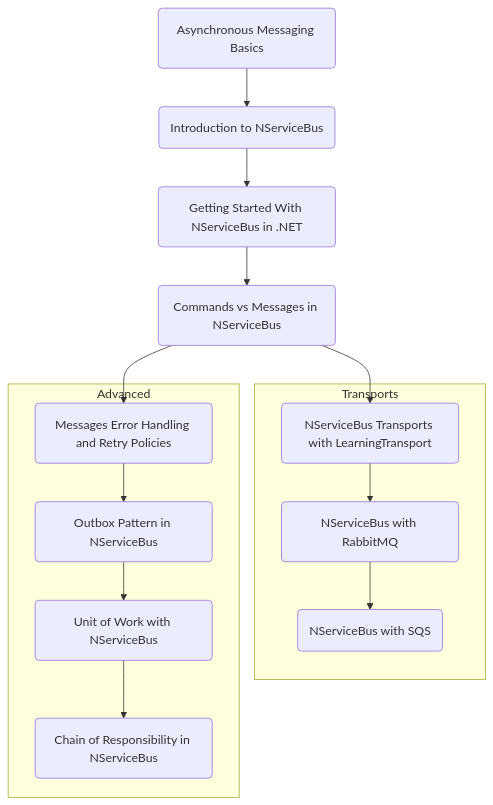
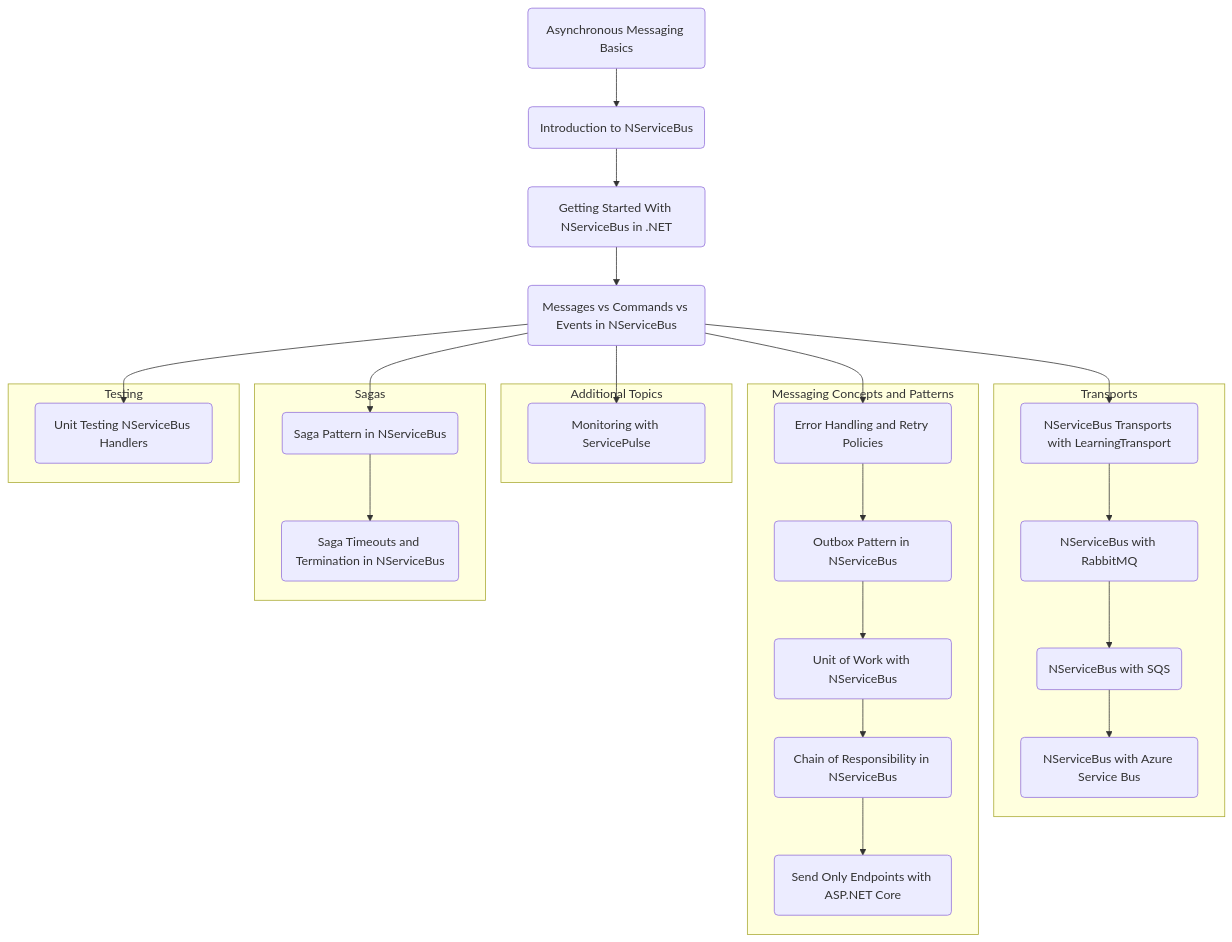
Before and after one commit to KyleMcMaster/kyle-mcmaster-blog: the diagram in backlog/.content-ideas.md, drawn with Mermaid. The commit also changed other lines of this file, not shown here.

Commit message:
more ideas

````diff
--- a/backlog/.content-ideas.md
+++ b/backlog/.content-ideas.md
@@ -10,29 +10,49 @@
 ```mermaid
 flowchart TB
     id1(Asynchronous Messaging Basics)
     id2(Introduction to NServiceBus)
     id3(Getting Started With NServiceBus in .NET)
-    id4(Commands vs Messages in NServiceBus)
+    id4(Messages vs Commands vs Events in NServiceBus)
     id5a(NServiceBus Transports with LearningTransport)
     id5b(NServiceBus with RabbitMQ)
     id5c(NServiceBus with SQS)
-    id6a(Messages Error Handling and Retry Policies)
+    id5d(NServiceBus with Azure Service Bus)
+    id6a(Error Handling and Retry Policies)
     id6b(Outbox Pattern in NServiceBus)
     id6c(Unit of Work with NServiceBus)
     id6d(Chain of Responsibility in NServiceBus)
+    id6e(Send Only Endpoints with ASP.NET Core)
+    id7a(Saga Pattern in NServiceBus)
+    id7b(Saga Timeouts and Termination in NServiceBus)
+    id8a(Unit Testing NServiceBus Handlers)
+    id9a(Monitoring with ServicePulse)
 
     id1 --> id2
     id2 --> id3
     id3 --> id4
     id4 --> id5a
+    id4 --> id9a
+    subgraph Additional Topics
+    id9a
+    end
     subgraph Transports
     id5a --> id5b
     id5b --> id5c
+    id5c --> id5d
     end
     id4 --> id6a
-    subgraph Advanced
+    subgraph Messaging Concepts and Patterns
     id6a --> id6b
     id6b --> id6c
     id6c --> id6d
+    id6d --> id6e
+    end
+    id4 --> id7a
+    subgraph Sagas
+    id7a --> id7b
+    end
+    id4 --> id8a
+    subgraph Testing
+    id8a
     end
 ```
````
